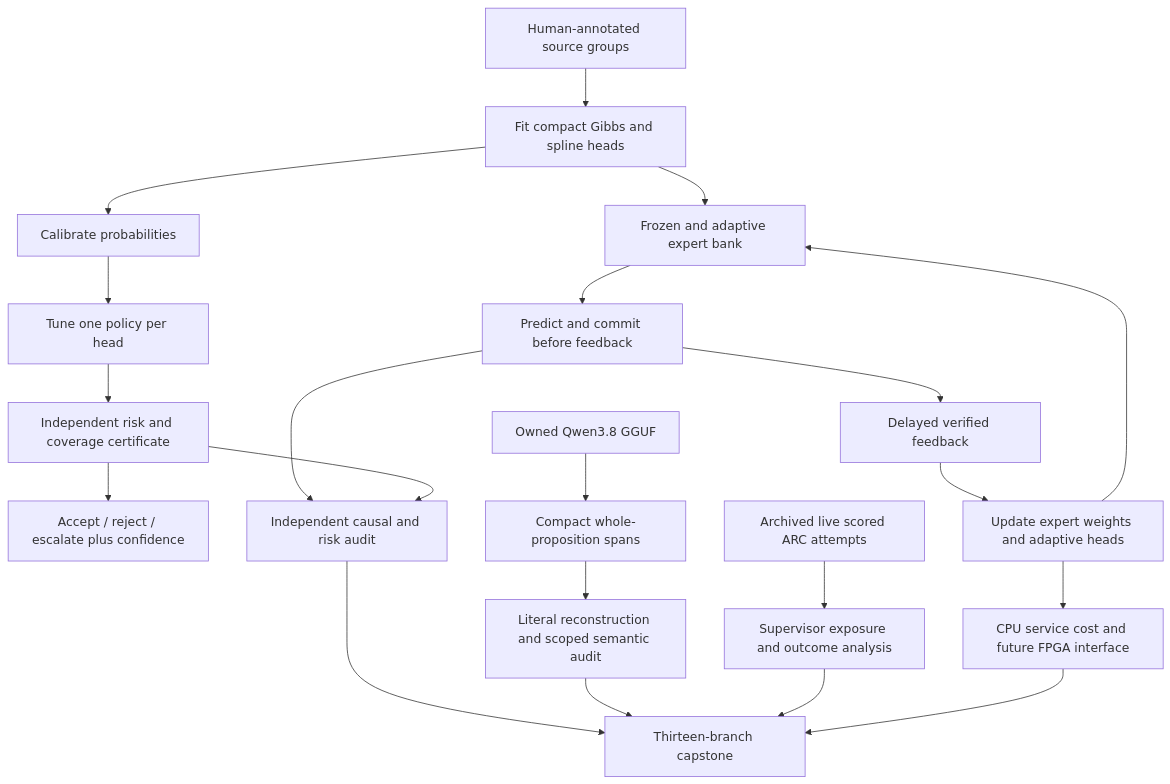
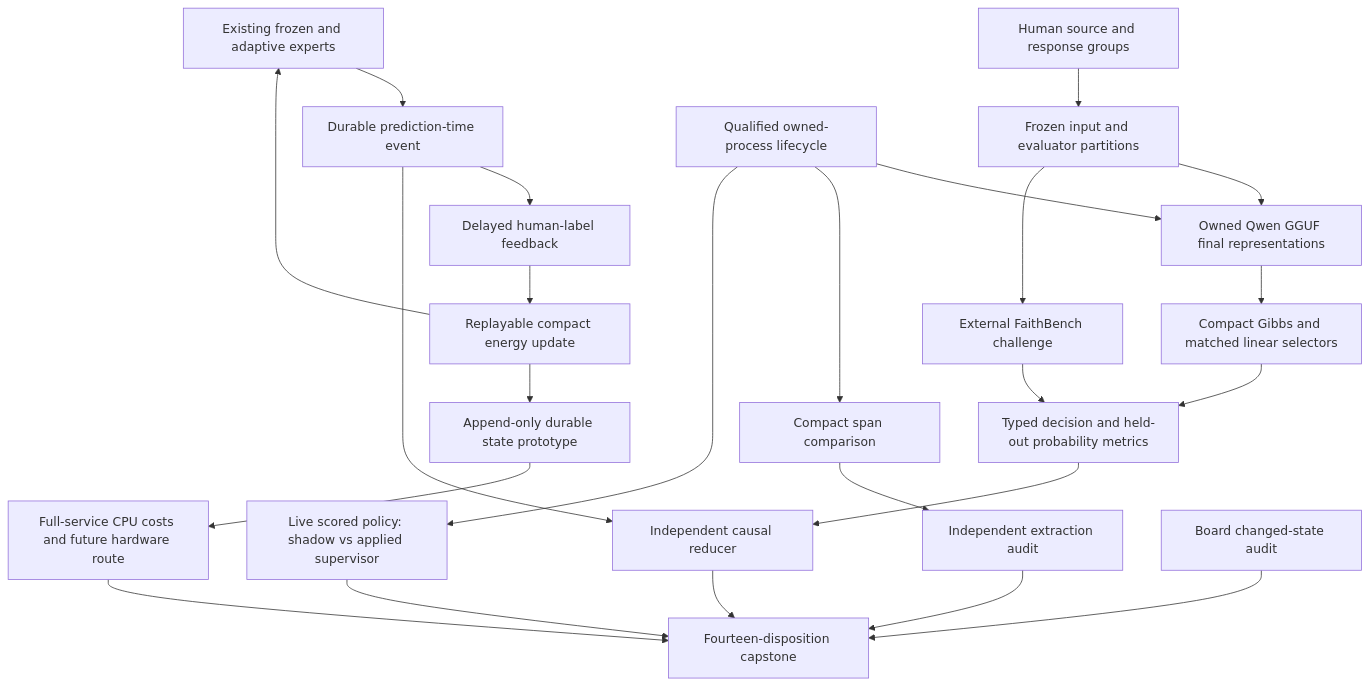
Before and after one commit to Carnot-EBM/carnot-ebm: the first of 2 diagrams in openspec/change-proposals/research-roadmap-vNEXT.md, drawn with Mermaid. The commit also changed other lines of this file and 13 other files, not shown here.

````diff
--- a/openspec/change-proposals/research-roadmap-vNEXT.md
+++ b/openspec/change-proposals/research-roadmap-vNEXT.md
@@ -80,23 +79,26 @@
 ```mermaid
 flowchart TD
-    R[Human-annotated source groups] --> F[Fit compact Gibbs and spline heads]
-    F --> P[Calibrate probabilities]
-    P --> T[Tune one policy per head]
-    T --> C[Independent risk and coverage certificate]
-    C --> D[Accept / reject / escalate plus confidence]
-    F --> M[Frozen and adaptive expert bank]
-    M --> Q[Predict and commit before feedback]
-    Q --> L[Delayed verified feedback]
-    L --> W[Update expert weights and adaptive heads]
-    W --> M
-    Q --> A[Independent causal and risk audit]
-    C --> A
-    G[Owned Qwen3.8 GGUF] --> X[Compact whole-proposition spans]
-    X --> S[Literal reconstruction and scoped semantic audit]
-    ARC[Archived live scored ARC attempts] --> O[Supervisor exposure and outcome analysis]
-    W --> H[CPU service cost and future FPGA interface]
-    A --> Z[Thirteen-branch capstone]
-    S --> Z
-    O --> Z
+    D[Human source and response groups] --> P[Frozen input and evaluator partitions]
+    P --> R[Owned Qwen GGUF final representations]
+    R --> E[Compact Gibbs and matched linear selectors]
+    E --> T[Typed decision and held-out probability metrics]
+    P --> C[External FaithBench challenge]
+    C --> T
+    S[Existing frozen and adaptive experts] --> Q[Durable prediction-time event]
+    Q --> L[Delayed human-label feedback]
+    L --> U[Replayable compact energy update]
+    U --> S
+    Q --> A[Independent causal reducer]
+    T --> A
+    O[Qualified owned-process lifecycle] --> R
+    O --> X[Compact span comparison]
+    X --> V[Independent extraction audit]
+    O --> ARC[Live scored policy: shadow vs applied supervisor]
+    U --> J[Append-only durable state prototype]
+    J --> H[Full-service CPU costs and future hardware route]
+    A --> Z[Fourteen-disposition capstone]
+    V --> Z
+    ARC --> Z
     H --> Z
+    B[Board changed-state audit] --> Z
 ```
````
